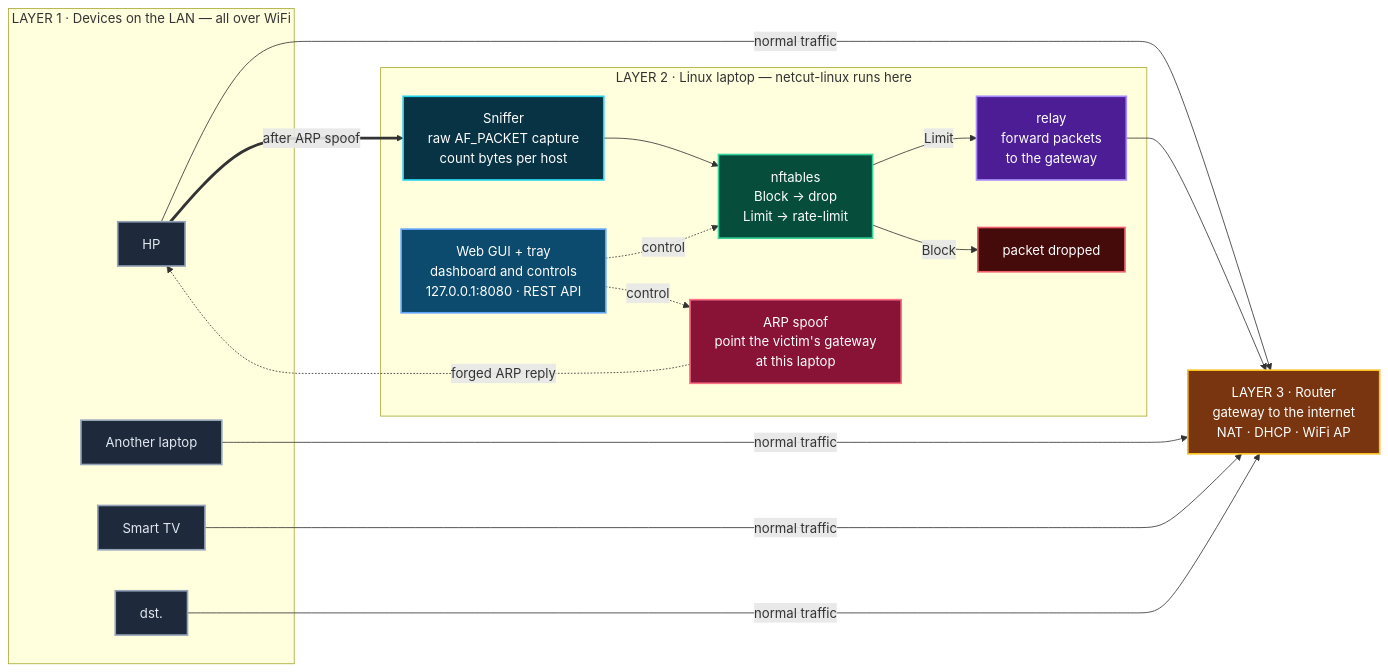
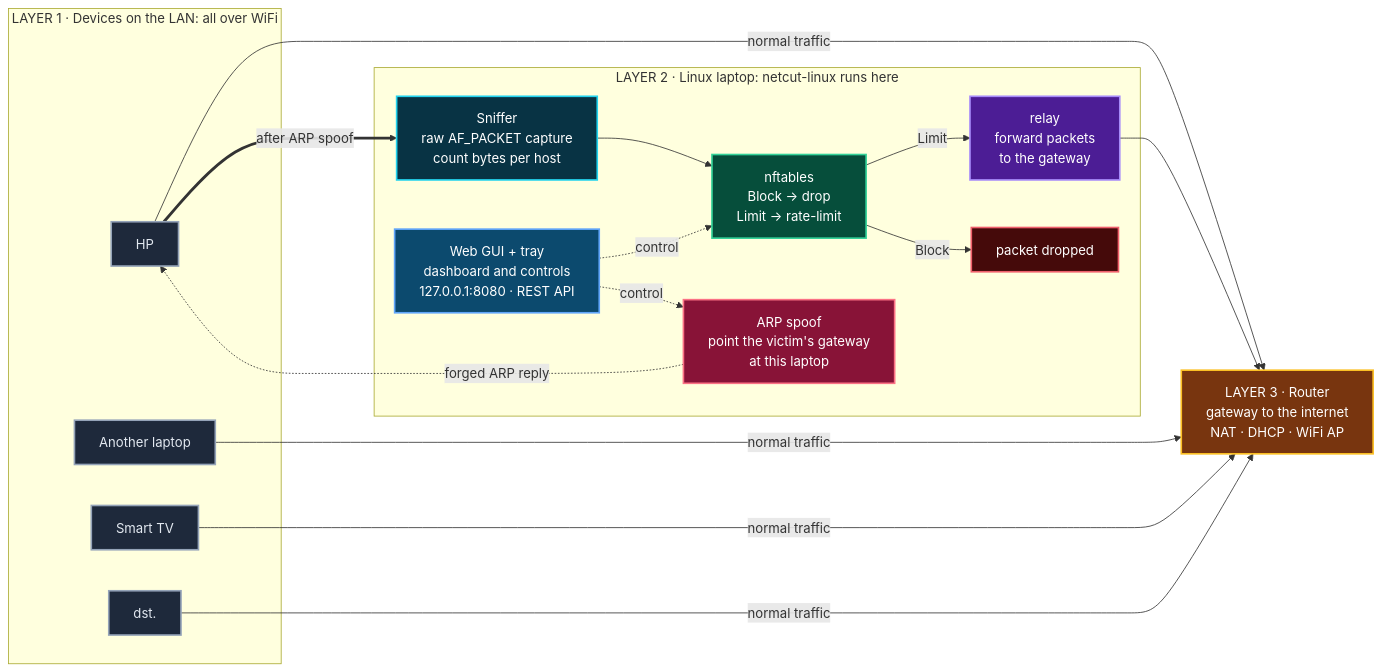
Before and after one commit to Aryoksss/netcut-linux: the diagram in README.md, drawn with Mermaid. The commit also changed other lines of this file and 12 other files, not shown here.

````diff
--- a/README.md
+++ b/README.md
@@ -321,56 +321,56 @@
 ```mermaid
 flowchart LR
-    subgraph LAN["LAYER 1 · Devices on the LAN — all over WiFi"]
+    subgraph LAN["LAYER 1 · Devices on the LAN: all over WiFi"]
         HP["HP"]
         LAP["Another laptop"]
         TV["Smart TV"]
         DST["dst."]
     end
 
-    subgraph BOX["LAYER 2 · Linux laptop — netcut-linux runs here"]
+    subgraph BOX["LAYER 2 · Linux laptop: netcut-linux runs here"]
         SPOOF["ARP spoof<br/>point the victim's gateway<br/>at this laptop"]
         SNIF["Sniffer<br/>raw AF_PACKET capture<br/>count bytes per host"]
         NFT["nftables<br/>Block → drop<br/>Limit → rate-limit"]
         RELAY["relay<br/>forward packets<br/>to the gateway"]
         GUI["Web GUI + tray<br/>dashboard and controls<br/>127.0.0.1:8080 · REST API"]
         DROP["packet dropped"]
     end
 
     RTR["LAYER 3 · Router<br/>gateway to the internet<br/>NAT · DHCP · WiFi AP"]
 
     LAN ~~~ BOX
     BOX ~~~ RTR
 
     HP -->|"normal traffic"| RTR
     LAP -->|"normal traffic"| RTR
     TV -->|"normal traffic"| RTR
     DST -->|"normal traffic"| RTR
 
     SPOOF -.->|"forged ARP reply"| HP
     HP ==>|"after ARP spoof"| SNIF
     SNIF --> NFT
     NFT -->|"Limit"| RELAY
     NFT -->|"Block"| DROP
     RELAY --> RTR
 
     GUI -.->|"control"| NFT
     GUI -.->|"control"| SPOOF
 
     classDef device fill:#1e293b,stroke:#94a3b8,stroke-width:2px,color:#e2e8f0
     classDef spoof fill:#881337,stroke:#fb7185,stroke-width:2px,color:#fff
     classDef sniff fill:#083344,stroke:#22d3ee,stroke-width:2px,color:#fff
     classDef nft fill:#064e3b,stroke:#34d399,stroke-width:2px,color:#fff
     classDef relay fill:#4c1d95,stroke:#a78bfa,stroke-width:2px,color:#fff
     classDef gui fill:#0c4a6e,stroke:#60a5fa,stroke-width:2px,color:#fff
     classDef router fill:#78350f,stroke:#fbbf24,stroke-width:2px,color:#fff
     classDef drop fill:#450a0a,stroke:#ef5f6b,stroke-width:2px,color:#fff
 
     class HP,LAP,TV,DST device
     class SPOOF spoof
     class SNIF sniff
     class NFT nft
     class RELAY relay
     class GUI gui
     class RTR router
     class DROP drop
 ```
````
